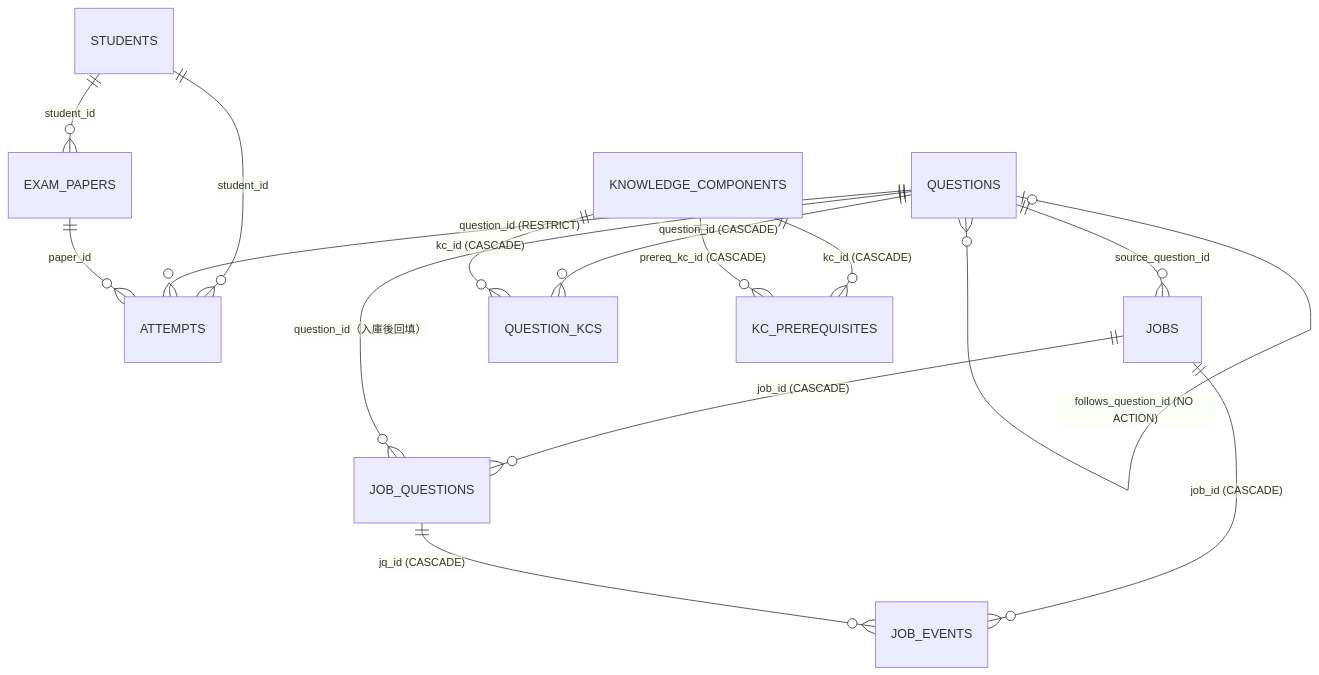
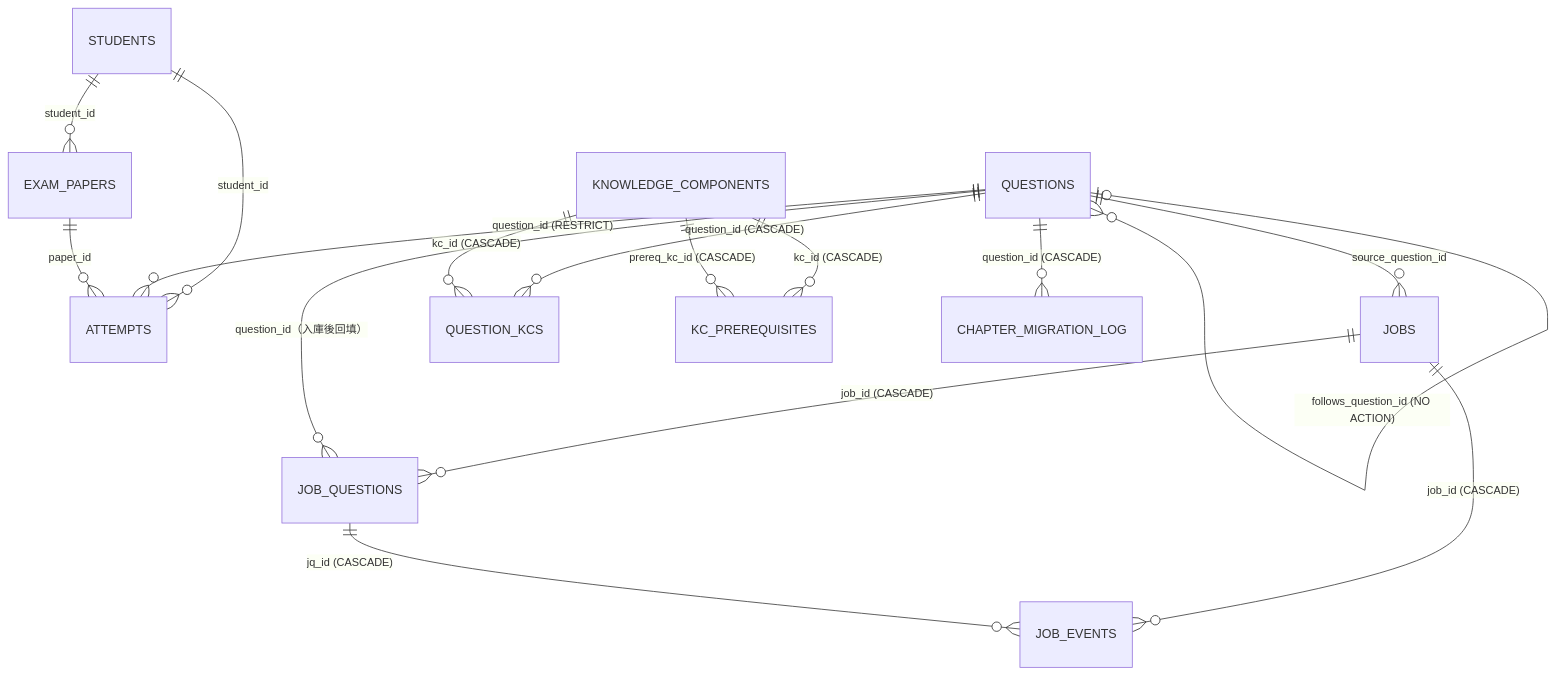
The diagram in engineering_docs/04_design/db_design.md (Tom-Yang-Ben/tutor-exam-bank), drawn with Mermaid before and after one commit. The commit also changed other lines of this file and 3 other files, not shown here.

````diff
--- a/engineering_docs/04_design/db_design.md
+++ b/engineering_docs/04_design/db_design.md
@@ -29,18 +30,19 @@
 ```mermaid
 erDiagram
     STUDENTS ||--o{ EXAM_PAPERS : "student_id"
     STUDENTS ||--o{ ATTEMPTS : "student_id"
     QUESTIONS ||--o{ ATTEMPTS : "question_id (RESTRICT)"
     EXAM_PAPERS ||--o{ ATTEMPTS : "paper_id"
     QUESTIONS ||--o{ QUESTIONS : "variant_of (SET NULL)"
     QUESTIONS |o--o{ QUESTIONS : "follows_question_id (NO ACTION)"
     QUESTIONS ||--o{ JOBS : "source_question_id"
     JOBS ||--o{ JOB_QUESTIONS : "job_id (CASCADE)"
     JOBS ||--o{ JOB_EVENTS : "job_id (CASCADE)"
     JOB_QUESTIONS ||--o{ JOB_EVENTS : "jq_id (CASCADE)"
     JOB_QUESTIONS }o--|| QUESTIONS : "question_id（入庫後回填）"
     QUESTIONS ||--o{ QUESTION_KCS : "question_id (CASCADE)"
     KNOWLEDGE_COMPONENTS ||--o{ QUESTION_KCS : "kc_id (CASCADE)"
     KNOWLEDGE_COMPONENTS ||--o{ KC_PREREQUISITES : "kc_id (CASCADE)"
     KNOWLEDGE_COMPONENTS ||--o{ KC_PREREQUISITES : "prereq_kc_id (CASCADE)"
+    QUESTIONS ||--o{ CHAPTER_MIGRATION_LOG : "question_id (CASCADE)"
 ```
````
